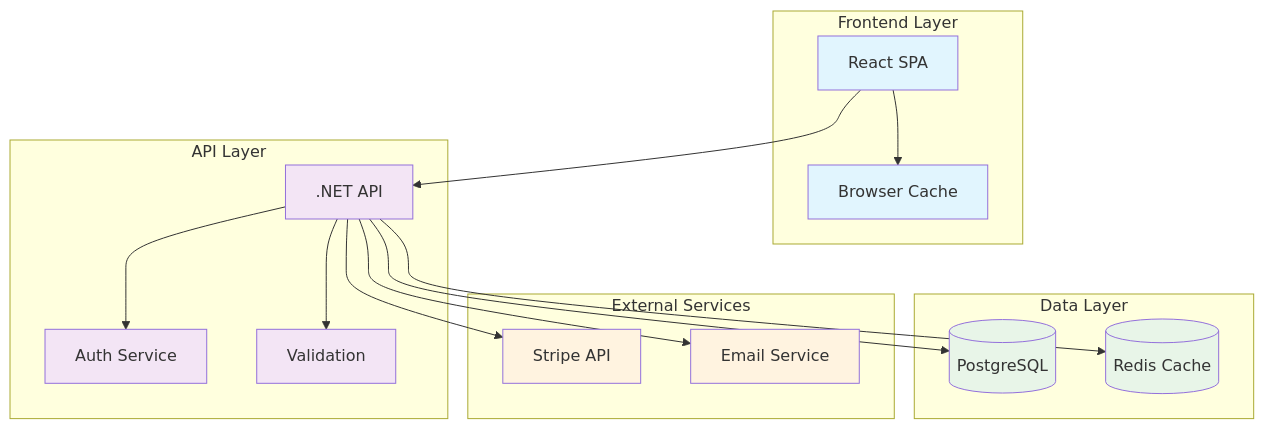
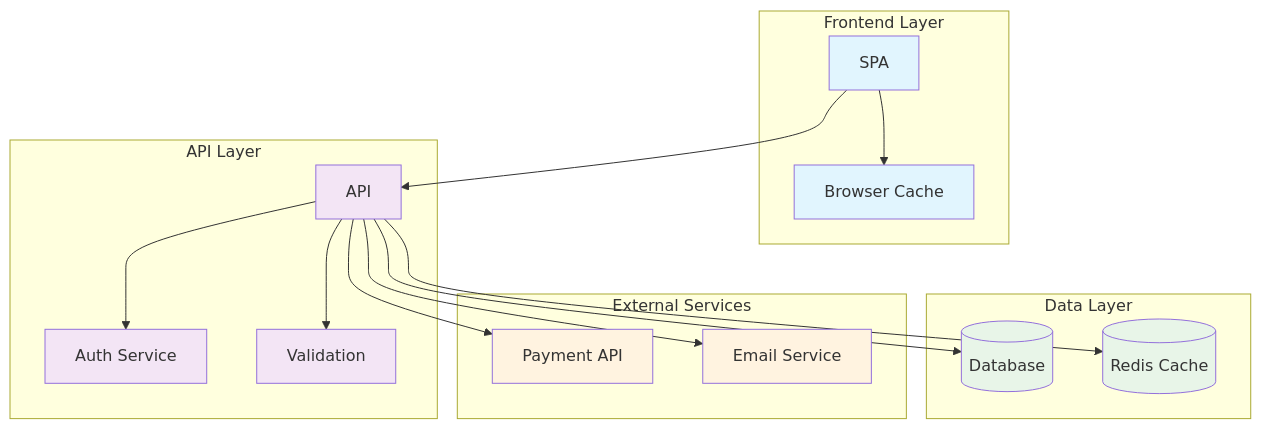
Before and after one commit to Avanade-IP-poc/infra-pt-demo: the third of 3 diagrams in .github/agents/bolt-docs.agent.md, drawn with Mermaid. The commit also changed other lines of this file and 103 other files, not shown here.

````diff
--- a/.github/agents/bolt-docs.agent.md
+++ b/.github/agents/bolt-docs.agent.md
@@ -341,42 +628,42 @@
 ```mermaid
 graph TB
     subgraph "Frontend Layer"
-        UI[React SPA]
+        UI[SPA]
         Cache[Browser Cache]
     end
 
     subgraph "API Layer"
-        API[.NET API]
+        API[API]
         Auth[Auth Service]
         Valid[Validation]
     end
 
     subgraph "Data Layer"
-        DB[(PostgreSQL)]
+        DB[(Database)]
         Redis[(Redis Cache)]
     end
 
     subgraph "External Services"
-        Stripe[Stripe API]
+        Payments[Payment API]
         Email[Email Service]
     end
 
     UI --> API
     UI --> Cache
     API --> Auth
     API --> Valid
     API --> DB
     API --> Redis
-    API --> Stripe
+    API --> Payments
     API --> Email
 
     classDef frontend fill:#e1f5fe
     classDef api fill:#f3e5f5
     classDef data fill:#e8f5e8
     classDef external fill:#fff3e0
 
     class UI,Cache frontend
     class API,Auth,Valid api
     class DB,Redis data
-    class Stripe,Email external
+    class Payments,Email external
 ```
````
